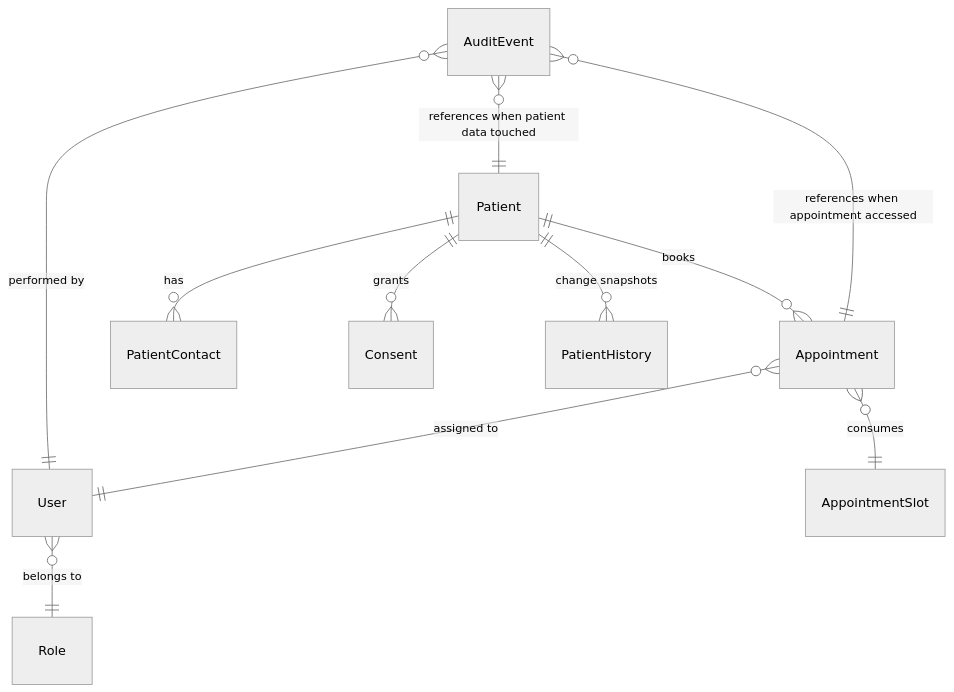
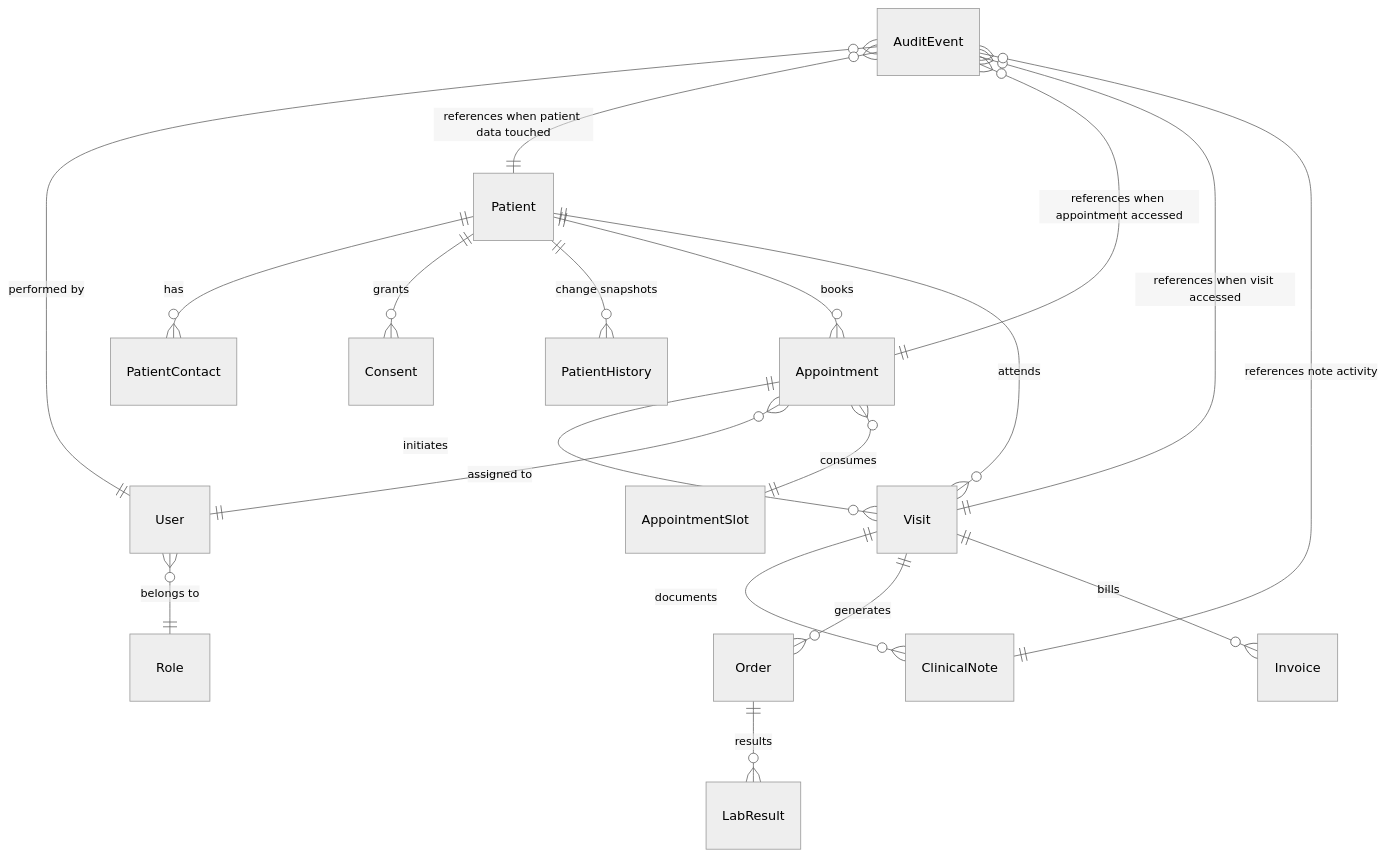
One commit to JoonasPalomaki/potilastieto changed the first of 3 diagrams in docs/architecture.md. Above: the diagram before and after it, drawn with Mermaid (neutral theme). The commit also changed other lines of this file and 11 other files, not shown here.

````diff
--- a/docs/architecture.md
+++ b/docs/architecture.md
@@ -65,13 +70,21 @@
 ```mermaid
 erDiagram
     Patient ||--o{ PatientContact : has
     Patient ||--o{ Consent : grants
     Patient ||--o{ PatientHistory : "change snapshots"
     Patient ||--o{ Appointment : books
+    Appointment ||--o{ Visit : "initiates"
+    Patient ||--o{ Visit : attends
+    Visit ||--o{ ClinicalNote : documents
+    Visit ||--o{ Order : generates
+    Order ||--o{ LabResult : results
+    Visit ||--o{ Invoice : bills
     Appointment }o--|| User : "assigned to"
     Appointment }o--|| AppointmentSlot : "consumes"
     User }o--|| Role : "belongs to"
     AuditEvent }o--|| User : "performed by"
     AuditEvent }o--|| Patient : "references when patient data touched"
     AuditEvent }o--|| Appointment : "references when appointment accessed"
+    AuditEvent }o--|| Visit : "references when visit accessed"
+    AuditEvent }o--|| ClinicalNote : "references note activity"
 ```
````
